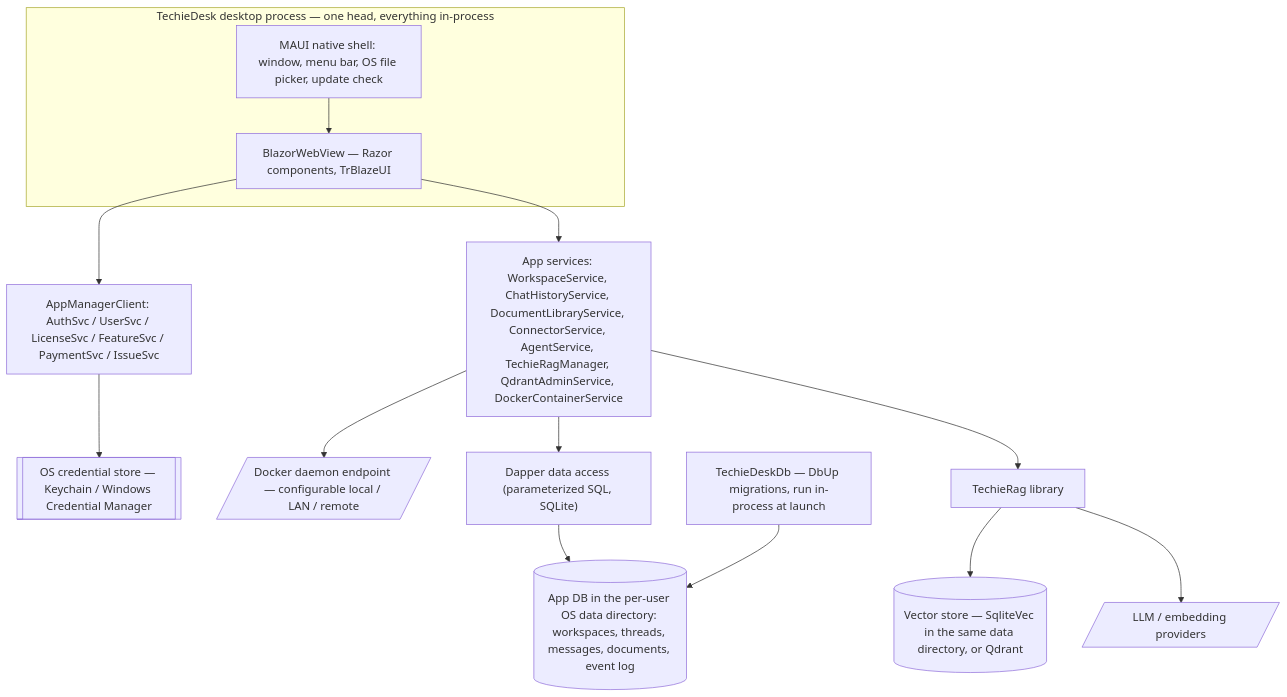
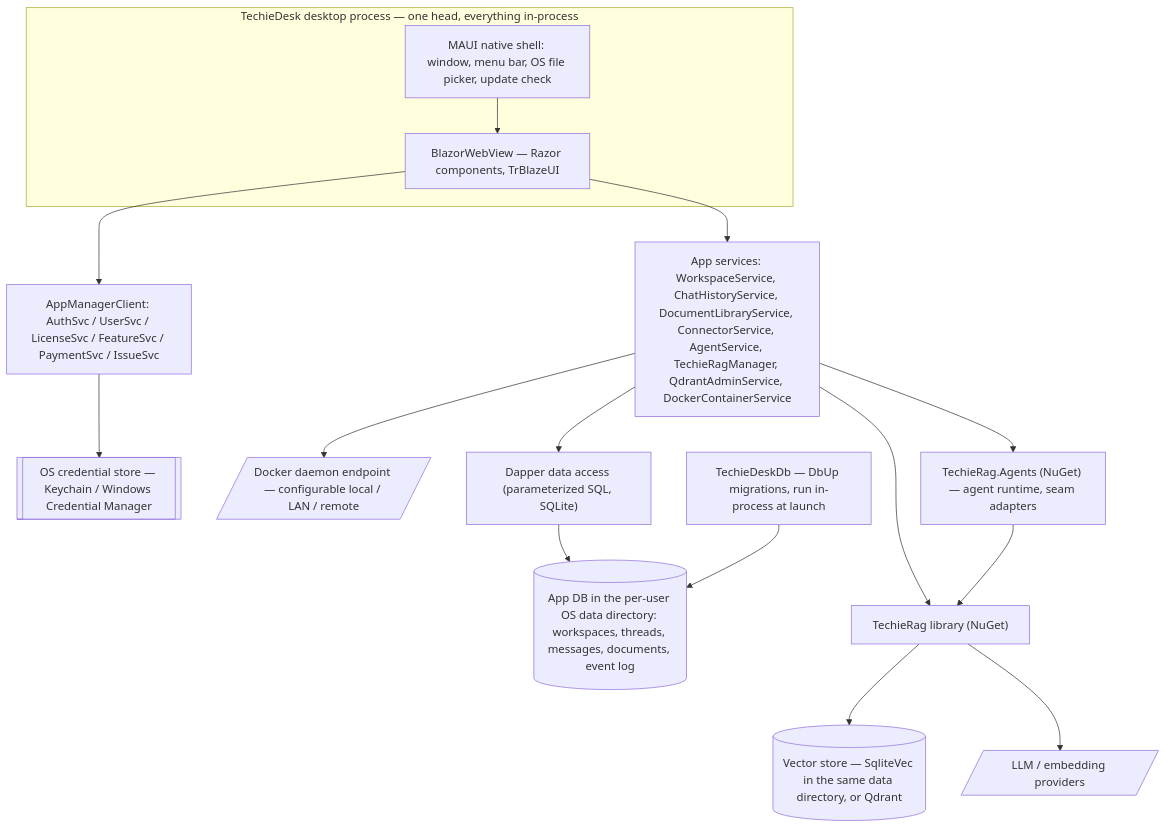
The third of 5 diagrams in docs/TechieDesk-BRD.md (techierathore/TechieRag), drawn with Mermaid before and after one commit. The commit also changed other lines of this file and 15 other files, not shown here.

````diff
--- a/docs/TechieDesk-BRD.md
+++ b/docs/TechieDesk-BRD.md
@@ -207,18 +214,20 @@
 ```mermaid
 flowchart TB
   subgraph Shell["TechieDesk desktop process — one head, everything in-process"]
     Native["MAUI native shell: window, menu bar, OS file picker, update check"]
     UI["BlazorWebView — Razor components, TrBlazeUI"]
   end
   Native --> UI
   UI --> AppSvc["App services: WorkspaceService, ChatHistoryService, DocumentLibraryService, ConnectorService, AgentService, TechieRagManager, QdrantAdminService, DockerContainerService"]
   UI --> AMC["AppManagerClient: AuthSvc / UserSvc / LicenseSvc / FeatureSvc / PaymentSvc / IssueSvc"]
   AMC --> Cred[["OS credential store — Keychain / Windows Credential Manager"]]
   AppSvc --> Docker[/"Docker daemon endpoint — configurable local / LAN / remote"/]
   AppSvc --> DAL["Dapper data access (parameterized SQL, SQLite)"]
   DAL --> DB[("App DB in the per-user OS data directory: workspaces, threads, messages, documents, event log")]
   Mig["TechieDeskDb — DbUp migrations, run in-process at launch"] --> DB
-  AppSvc --> Rag["TechieRag library"]
+  AppSvc --> Rag["TechieRag library (NuGet)"]
+  AppSvc --> Agents["TechieRag.Agents (NuGet) — agent runtime, seam adapters"]
+  Agents --> Rag
   Rag --> Vec[("Vector store — SqliteVec in the same data directory, or Qdrant")]
   Rag --> LLM[/"LLM / embedding providers"/]
 ```
````
